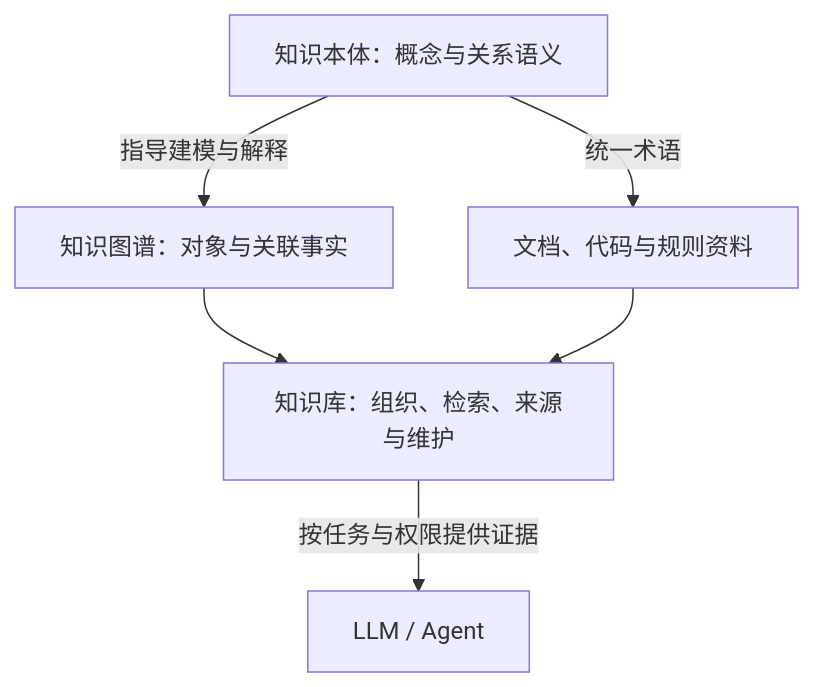
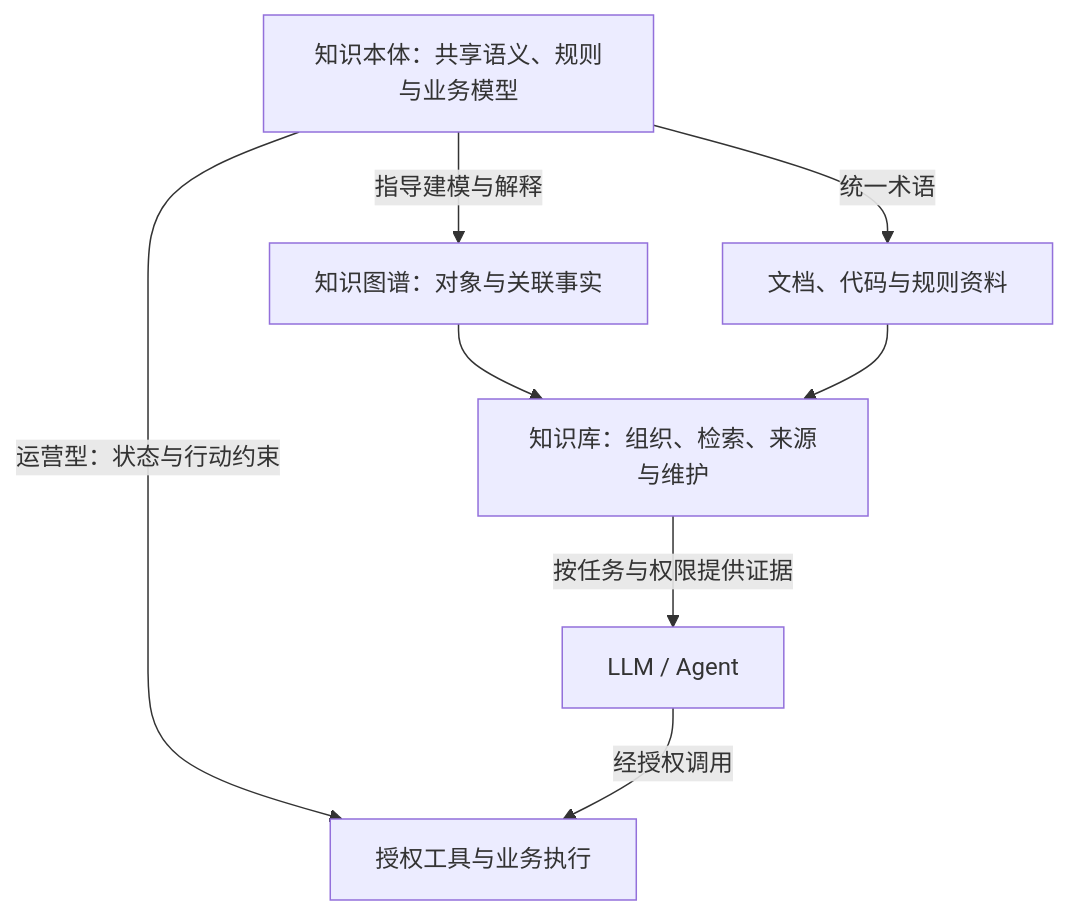
One commit to yujianggu/kb changed the diagram in 知识库/知识库知识图谱与本体/README.md. Above: the diagram before and after it, drawn with Mermaid. The commit also changed other lines of this file and 17 other files, not shown here.

Commit message:
docs: 完善运营型本体定义并新增知识图谱存储方案

````diff
--- a/知识库/知识库知识图谱与本体/README.md
+++ b/知识库/知识库知识图谱与本体/README.md
@@ -31,8 +33,10 @@
 ```mermaid
 flowchart TB
-    O[知识本体：概念与关系语义] -->|指导建模与解释| G[知识图谱：对象与关联事实]
+    O[知识本体：共享语义、规则与业务模型] -->|指导建模与解释| G[知识图谱：对象与关联事实]
     O -->|统一术语| D[文档、代码与规则资料]
     G --> K[知识库：组织、检索、来源与维护]
     D --> K
     K -->|按任务与权限提供证据| A[LLM / Agent]
+    O -->|运营型：状态与行动约束| T[授权工具与业务执行]
+    A -->|经授权调用| T
 ```
````
